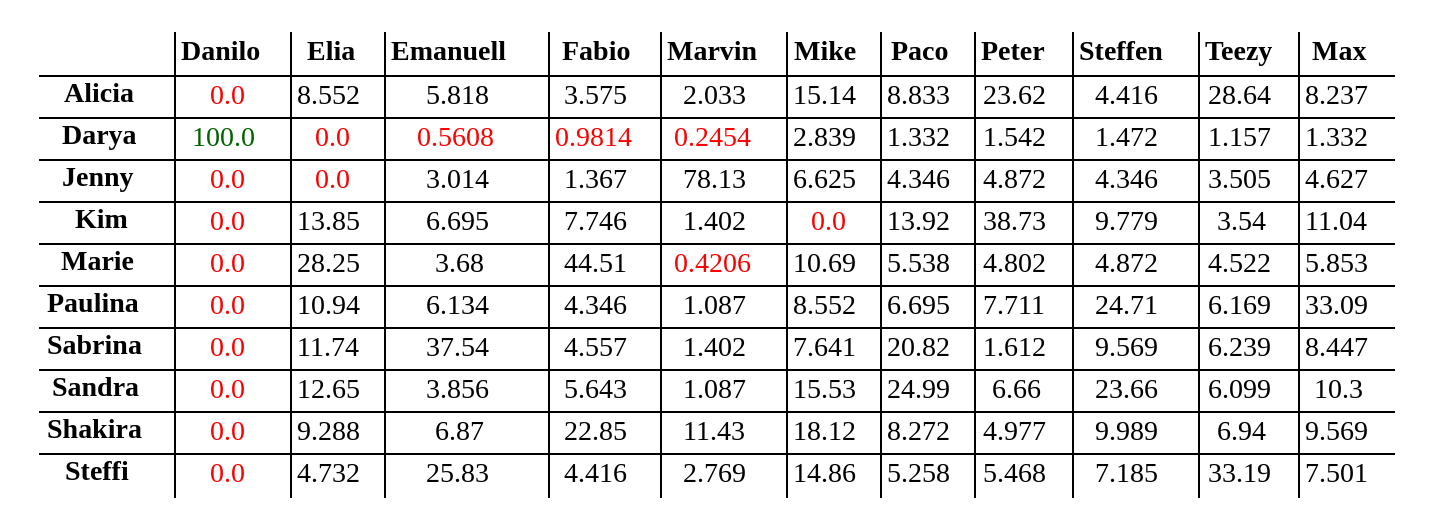
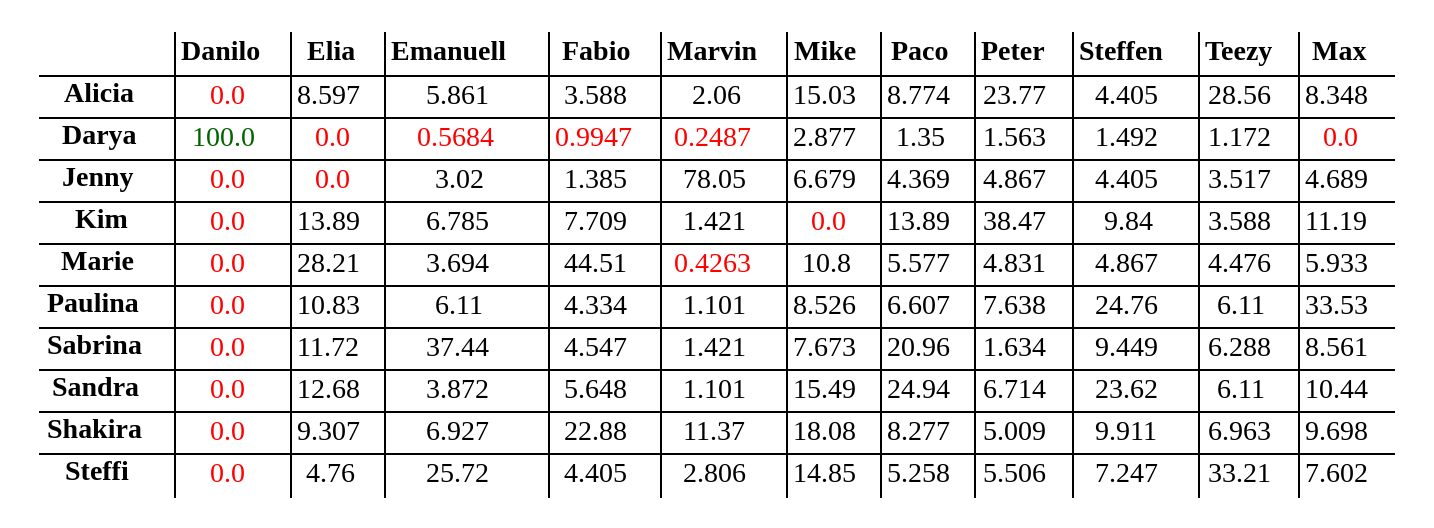
The diagram in s03r/s03r_tab.dot (atticus-sullivan/sim-ayto), drawn with Graphviz before and after one commit. The commit also changed 6 other files, not shown here.

```diff
--- a/s03r/s03r_tab.dot
+++ b/s03r/s03r_tab.dot
@@ -1,148 +1,148 @@
 digraph structs { node[shape=plaintext] struct[label=<
 <table cellspacing="2" border="0" rows="*" columns="*">
 <tr>
 <td></td>
 <td><B>Danilo</B></td>
 <td><B>Elia</B></td>
 <td><B>Emanuell</B></td>
 <td><B>Fabio</B></td>
 <td><B>Marvin</B></td>
 <td><B>Mike</B></td>
 <td><B>Paco</B></td>
 <td><B>Peter</B></td>
 <td><B>Steffen</B></td>
 <td><B>Teezy</B></td>
 <td><B>Max</B></td>
 </tr>
 <tr><td><B>Alicia</B></td>
 <td><font color="red">0.0</font></td>
-<td><font color="black">8.552</font></td>
-<td><font color="black">5.818</font></td>
-<td><font color="black">3.575</font></td>
-<td><font color="black">2.033</font></td>
-<td><font color="black">15.14</font></td>
-<td><font color="black">8.833</font></td>
-<td><font color="black">23.62</font></td>
-<td><font color="black">4.416</font></td>
-<td><font color="black">28.64</font></td>
-<td><font color="black">8.237</font></td>
+<td><font color="black">8.597</font></td>
+<td><font color="black">5.861</font></td>
+<td><font color="black">3.588</font></td>
+<td><font color="black">2.06</font></td>
+<td><font color="black">15.03</font></td>
+<td><font color="black">8.774</font></td>
+<td><font color="black">23.77</font></td>
+<td><font color="black">4.405</font></td>
+<td><font color="black">28.56</font></td>
+<td><font color="black">8.348</font></td>
 </tr>
 <tr><td><B>Darya</B></td>
 <td><font color="darkgreen">100.0</font></td>
 <td><font color="red">0.0</font></td>
-<td><font color="red">0.5608</font></td>
-<td><font color="red">0.9814</font></td>
-<td><font color="red">0.2454</font></td>
-<td><font color="black">2.839</font></td>
-<td><font color="black">1.332</font></td>
-<td><font color="black">1.542</font></td>
-<td><font color="black">1.472</font></td>
-<td><font color="black">1.157</font></td>
-<td><font color="black">1.332</font></td>
+<td><font color="red">0.5684</font></td>
+<td><font color="red">0.9947</font></td>
+<td><font color="red">0.2487</font></td>
+<td><font color="black">2.877</font></td>
+<td><font color="black">1.35</font></td>
+<td><font color="black">1.563</font></td>
+<td><font color="black">1.492</font></td>
+<td><font color="black">1.172</font></td>
+<td><font color="red">0.0</font></td>
 </tr>
 <tr><td><B>Jenny</B></td>
 <td><font color="red">0.0</font></td>
 <td><font color="red">0.0</font></td>
-<td><font color="black">3.014</font></td>
-<td><font color="black">1.367</font></td>
-<td><font color="black">78.13</font></td>
-<td><font color="black">6.625</font></td>
-<td><font color="black">4.346</font></td>
-<td><font color="black">4.872</font></td>
-<td><font color="black">4.346</font></td>
-<td><font color="black">3.505</font></td>
-<td><font color="black">4.627</font></td>
+<td><font color="black">3.02</font></td>
+<td><font color="black">1.385</font></td>
+<td><font color="black">78.05</font></td>
+<td><font color="black">6.679</font></td>
+<td><font color="black">4.369</font></td>
+<td><font color="black">4.867</font></td>
+<td><font color="black">4.405</font></td>
+<td><font color="black">3.517</font></td>
+<td><font color="black">4.689</font></td>
 </tr>
 <tr><td><B>Kim</B></td>
 <td><font color="red">0.0</font></td>
-<td><font color="black">13.85</font></td>
-<td><font color="black">6.695</font></td>
-<td><font color="black">7.746</font></td>
-<td><font color="black">1.402</font></td>
+<td><font color="black">13.89</font></td>
+<td><font color="black">6.785</font></td>
+<td><font color="black">7.709</font></td>
+<td><font color="black">1.421</font></td>
 <td><font color="red">0.0</font></td>
-<td><font color="black">13.92</font></td>
-<td><font color="black">38.73</font></td>
-<td><font color="black">9.779</font></td>
-<td><font color="black">3.54</font></td>
-<td><font color="black">11.04</font></td>
+<td><font color="black">13.89</font></td>
+<td><font color="black">38.47</font></td>
+<td><font color="black">9.84</font></td>
+<td><font color="black">3.588</font></td>
+<td><font color="black">11.19</font></td>
 </tr>
 <tr><td><B>Marie</B></td>
 <td><font color="red">0.0</font></td>
-<td><font color="black">28.25</font></td>
-<td><font color="black">3.68</font></td>
+<td><font color="black">28.21</font></td>
+<td><font color="black">3.694</font></td>
 <td><font color="black">44.51</font></td>
-<td><font color="red">0.4206</font></td>
-<td><font color="black">10.69</font></td>
-<td><font color="black">5.538</font></td>
-<td><font color="black">4.802</font></td>
-<td><font color="black">4.872</font></td>
-<td><font color="black">4.522</font></td>
-<td><font color="black">5.853</font></td>
+<td><font color="red">0.4263</font></td>
+<td><font color="black">10.8</font></td>
+<td><font color="black">5.577</font></td>
+<td><font color="black">4.831</font></td>
+<td><font color="black">4.867</font></td>
+<td><font color="black">4.476</font></td>
+<td><font color="black">5.933</font></td>
 </tr>
 <tr><td><B>Paulina</B></td>
 <td><font color="red">0.0</font></td>
-<td><font color="black">10.94</font></td>
-<td><font color="black">6.134</font></td>
-<td><font color="black">4.346</font></td>
-<td><font color="black">1.087</font></td>
-<td><font color="black">8.552</font></td>
-<td><font color="black">6.695</font></td>
-<td><font color="black">7.711</font></td>
-<td><font color="black">24.71</font></td>
-<td><font color="black">6.169</font></td>
-<td><font color="black">33.09</font></td>
+<td><font color="black">10.83</font></td>
+<td><font color="black">6.11</font></td>
+<td><font color="black">4.334</font></td>
+<td><font color="black">1.101</font></td>
+<td><font color="black">8.526</font></td>
+<td><font color="black">6.607</font></td>
+<td><font color="black">7.638</font></td>
+<td><font color="black">24.76</font></td>
+<td><font color="black">6.11</font></td>
+<td><font color="black">33.53</font></td>
 </tr>
 <tr><td><B>Sabrina</B></td>
 <td><font color="red">0.0</font></td>
-<td><font color="black">11.74</font></td>
-<td><font color="black">37.54</font></td>
-<td><font color="black">4.557</font></td>
-<td><font color="black">1.402</font></td>
-<td><font color="black">7.641</font></td>
-<td><font color="black">20.82</font></td>
-<td><font color="black">1.612</font></td>
-<td><font color="black">9.569</font></td>
-<td><font color="black">6.239</font></td>
-<td><font color="black">8.447</font></td>
+<td><font color="black">11.72</font></td>
+<td><font color="black">37.44</font></td>
+<td><font color="black">4.547</font></td>
+<td><font color="black">1.421</font></td>
+<td><font color="black">7.673</font></td>
+<td><font color="black">20.96</font></td>
+<td><font color="black">1.634</font></td>
+<td><font color="black">9.449</font></td>
+<td><font color="black">6.288</font></td>
+<td><font color="black">8.561</font></td>
 </tr>
 <tr><td><B>Sandra</B></td>
 <td><font color="red">0.0</font></td>
-<td><font color="black">12.65</font></td>
-<td><font color="black">3.856</font></td>
-<td><font color="black">5.643</font></td>
-<td><font color="black">1.087</font></td>
-<td><font color="black">15.53</font></td>
-<td><font color="black">24.99</font></td>
-<td><font color="black">6.66</font></td>
-<td><font color="black">23.66</font></td>
-<td><font color="black">6.099</font></td>
-<td><font color="black">10.3</font></td>
+<td><font color="black">12.68</font></td>
+<td><font color="black">3.872</font></td>
+<td><font color="black">5.648</font></td>
+<td><font color="black">1.101</font></td>
+<td><font color="black">15.49</font></td>
+<td><font color="black">24.94</font></td>
+<td><font color="black">6.714</font></td>
+<td><font color="black">23.62</font></td>
+<td><font color="black">6.11</font></td>
+<td><font color="black">10.44</font></td>
 </tr>
 <tr><td><B>Shakira</B></td>
 <td><font color="red">0.0</font></td>
-<td><font color="black">9.288</font></td>
-<td><font color="black">6.87</font></td>
-<td><font color="black">22.85</font></td>
-<td><font color="black">11.43</font></td>
-<td><font color="black">18.12</font></td>
-<td><font color="black">8.272</font></td>
-<td><font color="black">4.977</font></td>
-<td><font color="black">9.989</font></td>
-<td><font color="black">6.94</font></td>
-<td><font color="black">9.569</font></td>
+<td><font color="black">9.307</font></td>
+<td><font color="black">6.927</font></td>
+<td><font color="black">22.88</font></td>
+<td><font color="black">11.37</font></td>
+<td><font color="black">18.08</font></td>
+<td><font color="black">8.277</font></td>
+<td><font color="black">5.009</font></td>
+<td><font color="black">9.911</font></td>
+<td><font color="black">6.963</font></td>
+<td><font color="black">9.698</font></td>
 </tr>
 <tr><td><B>Steffi</B></td>
 <td><font color="red">0.0</font></td>
-<td><font color="black">4.732</font></td>
-<td><font color="black">25.83</font></td>
-<td><font color="black">4.416</font></td>
-<td><font color="black">2.769</font></td>
-<td><font color="black">14.86</font></td>
+<td><font color="black">4.76</font></td>
+<td><font color="black">25.72</font></td>
+<td><font color="black">4.405</font></td>
+<td><font color="black">2.806</font></td>
+<td><font color="black">14.85</font></td>
 <td><font color="black">5.258</font></td>
-<td><font color="black">5.468</font></td>
-<td><font color="black">7.185</font></td>
-<td><font color="black">33.19</font></td>
-<td><font color="black">7.501</font></td>
+<td><font color="black">5.506</font></td>
+<td><font color="black">7.247</font></td>
+<td><font color="black">33.21</font></td>
+<td><font color="black">7.602</font></td>
 </tr>
 </table>
 >];}
```
